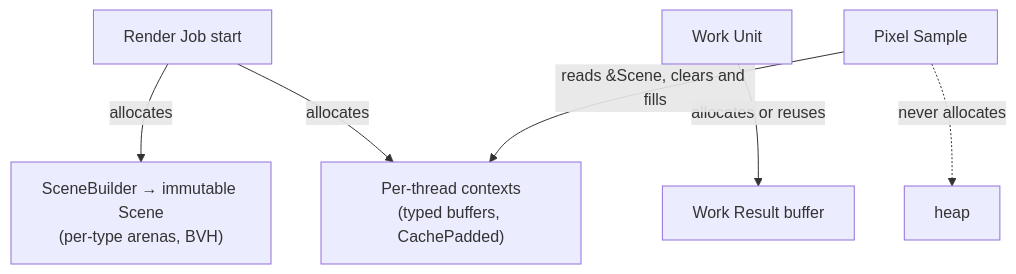
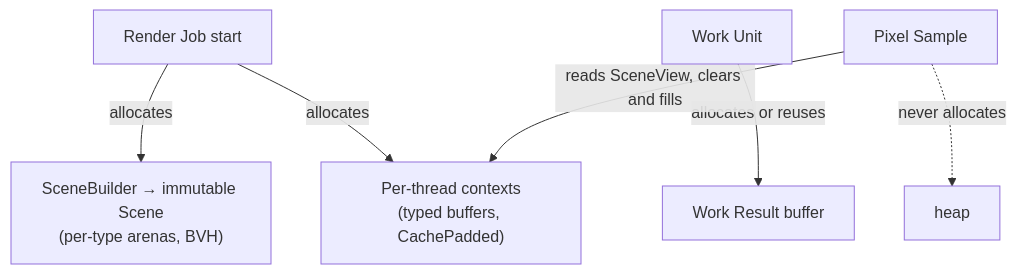
The sixth of 8 diagrams in docs/architecture/08-crosscutting-concepts.md (sergioffpc/umbra), drawn with Mermaid before and after one commit. The commit also changed other lines of this file and 2 other files, not shown here.

````diff
--- a/docs/architecture/08-crosscutting-concepts.md
+++ b/docs/architecture/08-crosscutting-concepts.md
@@ -168,8 +168,8 @@
 ```mermaid
 flowchart TD
     J["Render Job start"] -->|"allocates"| S["SceneBuilder → immutable Scene<br/>(per-type arenas, BVH)"]
     J -->|"allocates"| C["Per-thread contexts<br/>(typed buffers, CachePadded)"]
     W["Work Unit"] -->|"allocates or reuses"| R["Work Result buffer"]
-    P["Pixel Sample"] -->|"reads &Scene, clears and fills"| C
+    P["Pixel Sample"] -->|"reads SceneView, clears and fills"| C
     P -.->|"never allocates"| X["heap"]
 ```
````
